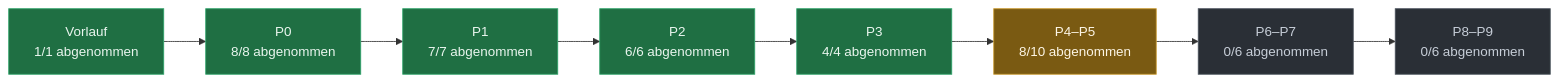
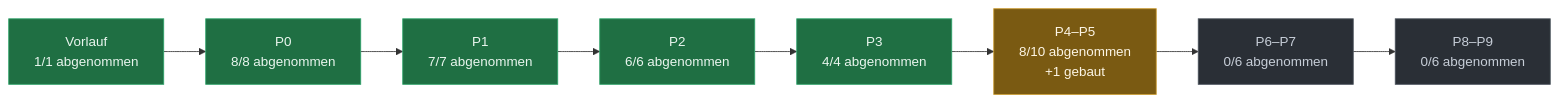
Before and after one commit to evenacadia-tech/Nakama: the diagram in docs/PLAN-STAND.md, drawn with Mermaid. The commit also changed other lines of this file, not shown here.

````diff
--- a/docs/PLAN-STAND.md
+++ b/docs/PLAN-STAND.md
@@ -35,21 +41,21 @@
 ```mermaid
 flowchart LR
   P0["Vorlauf<br/>1/1 abgenommen"]:::fertig
   P1["P0<br/>8/8 abgenommen"]:::fertig
   P0 --> P1
   P2["P1<br/>7/7 abgenommen"]:::fertig
   P1 --> P2
   P3["P2<br/>6/6 abgenommen"]:::fertig
   P2 --> P3
   P4["P3<br/>4/4 abgenommen"]:::fertig
   P3 --> P4
-  P5["P4–P5<br/>8/10 abgenommen"]:::laeuft
+  P5["P4–P5<br/>8/10 abgenommen<br/>+1 gebaut"]:::laeuft
   P4 --> P5
   P6["P6–P7<br/>0/6 abgenommen"]:::offen
   P5 --> P6
   P7["P8–P9<br/>0/6 abgenommen"]:::offen
   P6 --> P7
   classDef fertig fill:#1f6f43,stroke:#2ea36a,color:#eaf6ef
   classDef laeuft fill:#7a5a12,stroke:#c99a2e,color:#fdf6e6
   classDef offen  fill:#2a2f36,stroke:#4a525c,color:#c7ced8
 ```
````
